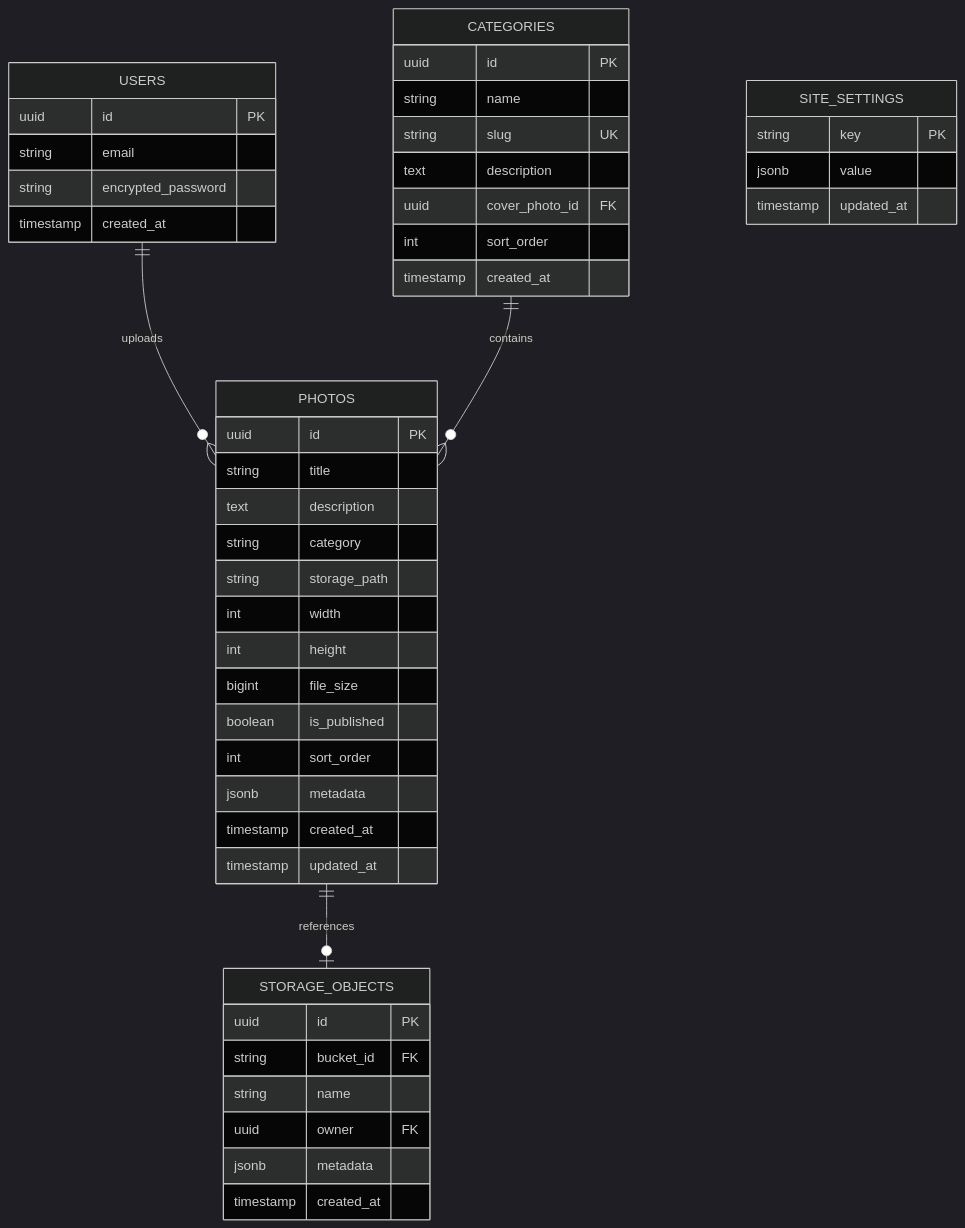
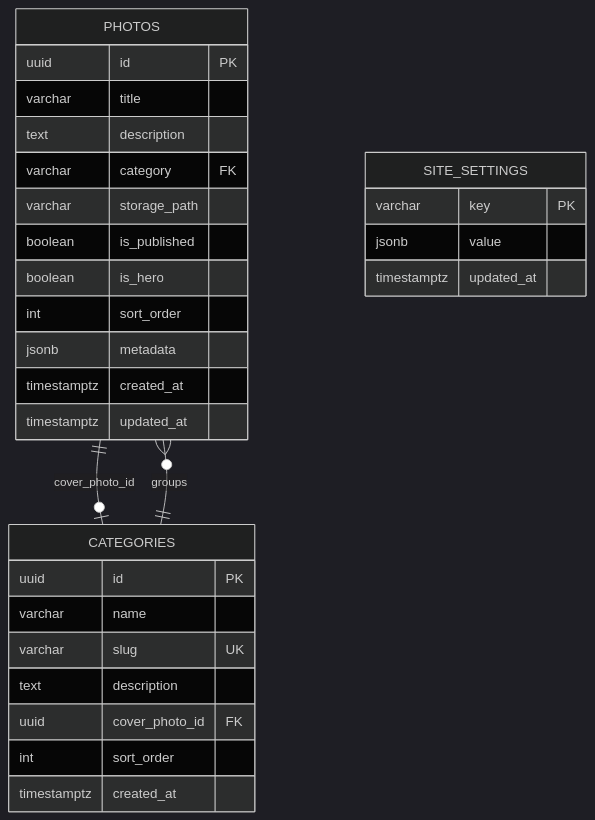
The fourth of 4 diagrams in docs/ARCHITECTURE.md (K-Schmitt/HenrardVisuals), drawn with Mermaid (dark theme) before and after one commit. The commit also changed other lines of this file and 16 other files, not shown here.

````diff
--- a/docs/ARCHITECTURE.md
+++ b/docs/ARCHITECTURE.md
@@ -146,54 +122,35 @@
 ```mermaid
 erDiagram
-    USERS ||--o{ PHOTOS : uploads
-    CATEGORIES ||--o{ PHOTOS : contains
-    PHOTOS ||--o| STORAGE_OBJECTS : references
-
-    USERS {
-        uuid id PK
-        string email
-        string encrypted_password
-        timestamp created_at
-    }
-
     PHOTOS {
         uuid id PK
-        string title
+        varchar title
         text description
-        string category
-        string storage_path
-        int width
-        int height
-        bigint file_size
+        varchar category FK
+        varchar storage_path
         boolean is_published
+        boolean is_hero
         int sort_order
         jsonb metadata
-        timestamp created_at
-        timestamp updated_at
+        timestamptz created_at
+        timestamptz updated_at
     }
 
     CATEGORIES {
         uuid id PK
-        string name
-        string slug UK
+        varchar name
+        varchar slug UK
         text description
         uuid cover_photo_id FK
         int sort_order
-        timestamp created_at
+        timestamptz created_at
     }
 
     SITE_SETTINGS {
-        string key PK
+        varchar key PK
         jsonb value
-        timestamp updated_at
+        timestamptz updated_at
     }
 
-    STORAGE_OBJECTS {
-        uuid id PK
-        string bucket_id FK
-        string name
-        uuid owner FK
-        jsonb metadata
-        timestamp created_at
-    }
+    CATEGORIES ||--o{ PHOTOS : "groups"
+    PHOTOS ||--o| CATEGORIES : "cover_photo_id"
 ```
````
